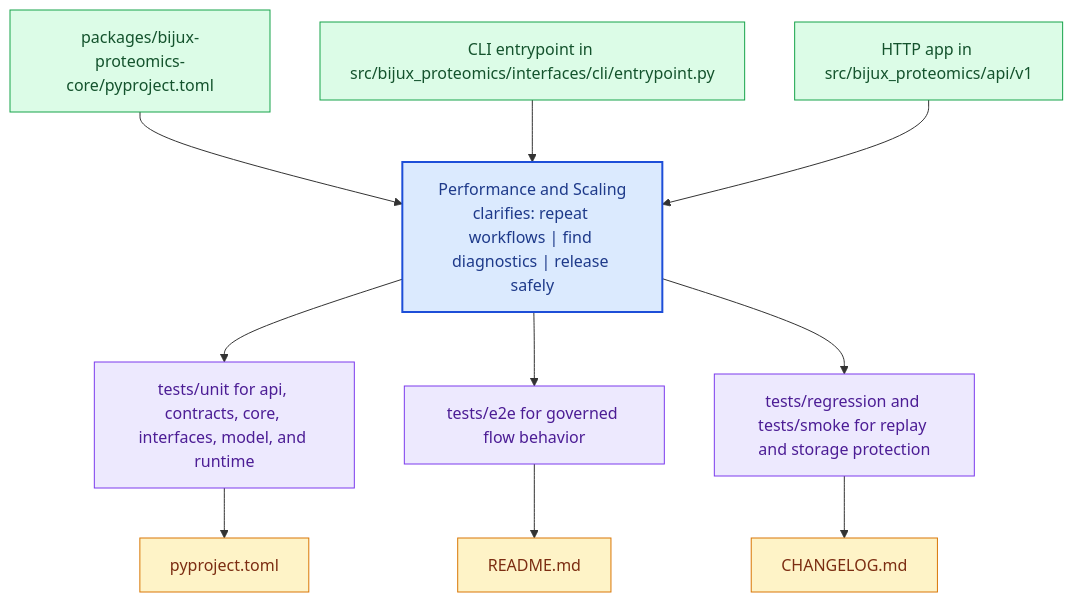
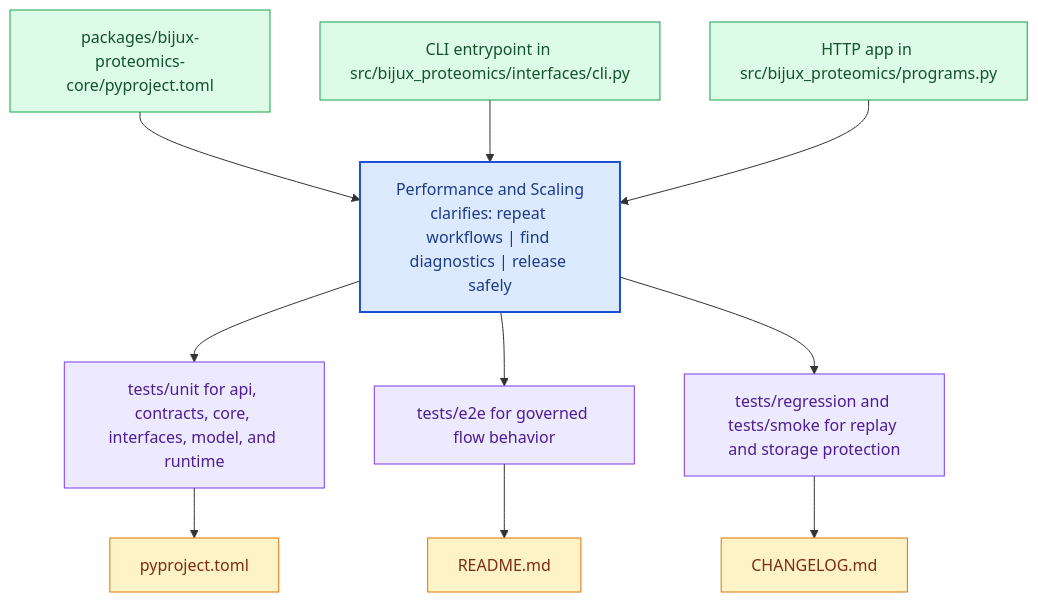
One commit to bijux/bijux-proteomics changed the diagram in docs/bijux-proteomics-core/operations/performance-and-scaling.md. Above: the diagram before and after it, drawn with Mermaid. The commit also changed 24 other files, not shown here.

Commit message:
docs(bijux-proteomics-core): realign handbook around program contracts and lifecycle models

````diff
--- a/docs/bijux-proteomics-core/operations/performance-and-scaling.md
+++ b/docs/bijux-proteomics-core/operations/performance-and-scaling.md
@@ -22,31 +22,31 @@
 ```mermaid
 flowchart TB
     page["Performance and Scaling<br/>clarifies: repeat workflows | find diagnostics | release safely"]
     classDef page fill:#dbeafe,stroke:#1d4ed8,color:#1e3a8a,stroke-width:2px;
     classDef positive fill:#dcfce7,stroke:#16a34a,color:#14532d;
     classDef caution fill:#fee2e2,stroke:#dc2626,color:#7f1d1d;
     classDef anchor fill:#ede9fe,stroke:#7c3aed,color:#4c1d95;
     classDef action fill:#fef3c7,stroke:#d97706,color:#7c2d12;
     step1["packages/bijux-proteomics-core/pyproject.toml"]
     step1 --> page
-    step2["CLI entrypoint in src/bijux_proteomics/interfaces/cli/entrypoint.py"]
+    step2["CLI entrypoint in src/bijux_proteomics/interfaces/cli.py"]
     step2 --> page
-    step3["HTTP app in src/bijux_proteomics/api/v1"]
+    step3["HTTP app in src/bijux_proteomics/programs.py"]
     step3 --> page
     run1["tests/unit for api, contracts, core, interfaces, model, and runtime"]
     page --> run1
     run2["tests/e2e for governed flow behavior"]
     page --> run2
     run3["tests/regression and tests/smoke for replay and storage protection"]
     page --> run3
     release1["pyproject.toml"]
     run1 --> release1
     release2["README.md"]
     run2 --> release2
     release3["CHANGELOG.md"]
     run3 --> release3
     class page page;
     class step1,step2,step3 positive;
     class run1,run2,run3 anchor;
     class release1,release2,release3 action;
 ```
````
